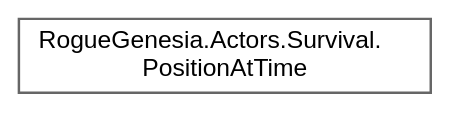
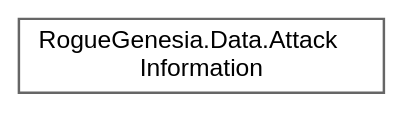
One commit to PlexusDuMenton/RogueGenesiaModAPI changed the diagram in inherit_graph_41.dot. Above: the diagram before and after it, drawn with Graphviz. The commit also changed 2438 other files, not shown here.

```diff
--- a/inherit_graph_41.dot
+++ b/inherit_graph_41.dot
@@ -1,9 +1,9 @@
 digraph "Graphical Class Hierarchy"
 {
  // LATEX_PDF_SIZE
   bgcolor="transparent";
   edge [fontname=Helvetica,fontsize=10,labelfontname=Helvetica,labelfontsize=10];
   node [fontname=Helvetica,fontsize=10,shape=box,height=0.2,width=0.4];
   rankdir="LR";
-  Node0 [label="RogueGenesia.Actors.Survival.\lPositionAtTime",height=0.2,width=0.4,color="grey40", fillcolor="white", style="filled",URL="$struct_rogue_genesia_1_1_actors_1_1_survival_1_1_position_at_time.html",tooltip=" "];
+  Node0 [label="RogueGenesia.Data.Attack\lInformation",height=0.2,width=0.4,color="grey40", fillcolor="white", style="filled",URL="$struct_rogue_genesia_1_1_data_1_1_attack_information.html",tooltip=" "];
 }
```
